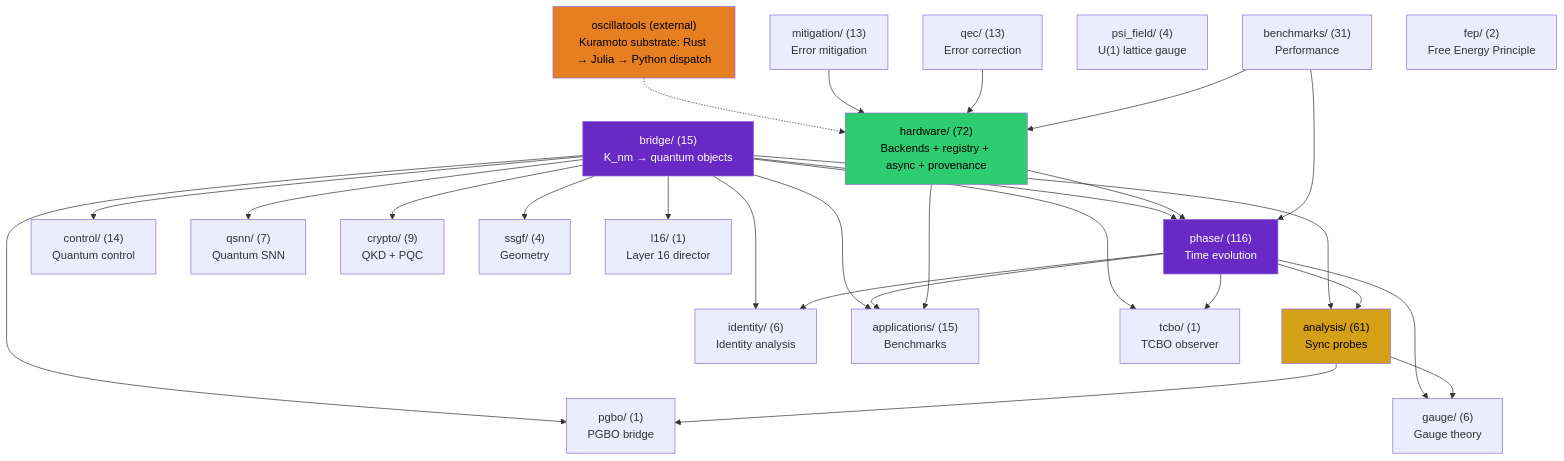
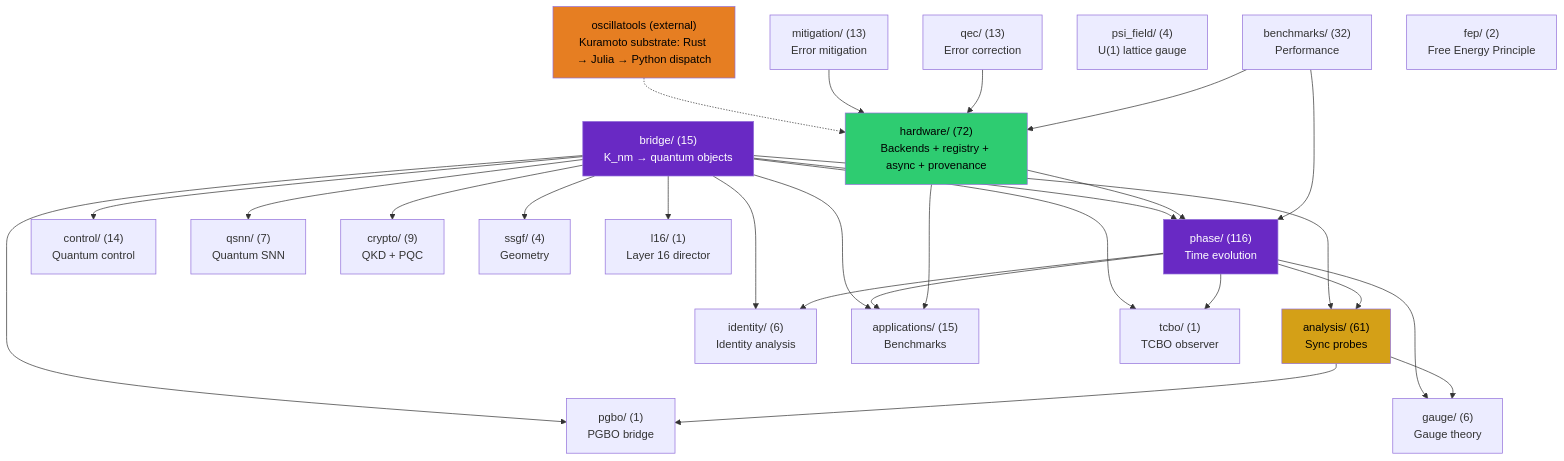
One commit to anulum/scpn-quantum-control changed the first of 4 diagrams in docs/architecture.md. Above: the diagram before and after it, drawn with Mermaid. The commit also changed other lines of this file and 12 other files, not shown here.

````diff
--- a/docs/architecture.md
+++ b/docs/architecture.md
@@ -362,55 +362,55 @@
 ```mermaid
 graph TD
     bridge["bridge/ (15)\nK_nm → quantum objects"]
     phase["phase/ (116)\nTime evolution"]
     analysis["analysis/ (61)\nSync probes"]
     control["control/ (14)\nQuantum control"]
     qsnn["qsnn/ (7)\nQuantum SNN"]
     identity["identity/ (6)\nIdentity analysis"]
     hardware["hardware/ (72)\nBackends + registry + async + provenance"]
     mitigation["mitigation/ (13)\nError mitigation"]
     qec["qec/ (13)\nError correction"]
     gauge["gauge/ (6)\nGauge theory"]
     apps["applications/ (15)\nBenchmarks"]
     crypto["crypto/ (9)\nQKD + PQC"]
-    benchmarks["benchmarks/ (31)\nPerformance"]
+    benchmarks["benchmarks/ (32)\nPerformance"]
     ssgf["ssgf/ (4)\nGeometry"]
     psi_field["psi_field/ (4)\nU(1) lattice gauge"]
     oscillatools["oscillatools (external)\nKuramoto substrate: Rust → Julia → Python dispatch"]
     fep["fep/ (2)\nFree Energy Principle"]
     tcbo["tcbo/ (1)\nTCBO observer"]
     pgbo["pgbo/ (1)\nPGBO bridge"]
     l16["l16/ (1)\nLayer 16 director"]
 
     bridge --> phase
     bridge --> analysis
     bridge --> control
     bridge --> qsnn
     bridge --> identity
     bridge --> apps
     bridge --> crypto
     bridge --> ssgf
     phase --> analysis
     phase --> identity
     phase --> apps
     phase --> gauge
     analysis --> gauge
     hardware --> phase
     hardware --> apps
     oscillatools -.-> hardware
     mitigation --> hardware
     qec --> hardware
     benchmarks --> phase
     benchmarks --> hardware
     bridge --> tcbo
     bridge --> pgbo
     bridge --> l16
     phase --> tcbo
     analysis --> pgbo
 
     style bridge fill:#6929C4,color:#fff
     style analysis fill:#d4a017,color:#000
     style phase fill:#6929C4,color:#fff
     style hardware fill:#2ecc71,color:#000
     style oscillatools fill:#e67e22,color:#000
 ```
````
